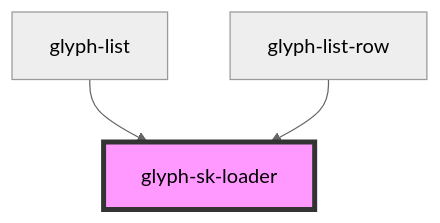
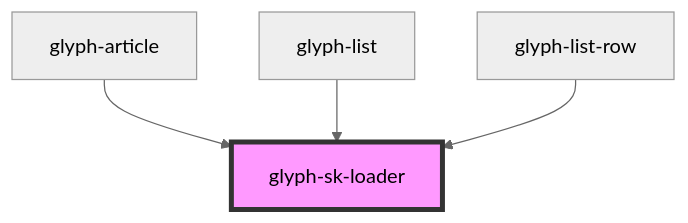
One commit to adrianiy/synth-ui changed the diagram in packages/glyph-components/src/components/skeleton-loader/readme.md. Above: the diagram before and after it, drawn with Mermaid (neutral theme). The commit also changed other lines of this file and 13 other files, not shown here.

````diff
--- a/packages/glyph-components/src/components/skeleton-loader/readme.md
+++ b/packages/glyph-components/src/components/skeleton-loader/readme.md
@@ -24,6 +25,7 @@
 ```mermaid
 graph TD;
+  glyph-article --> glyph-sk-loader
   glyph-list --> glyph-sk-loader
   glyph-list-row --> glyph-sk-loader
   style glyph-sk-loader fill:#f9f,stroke:#333,stroke-width:4px
 ```
````
